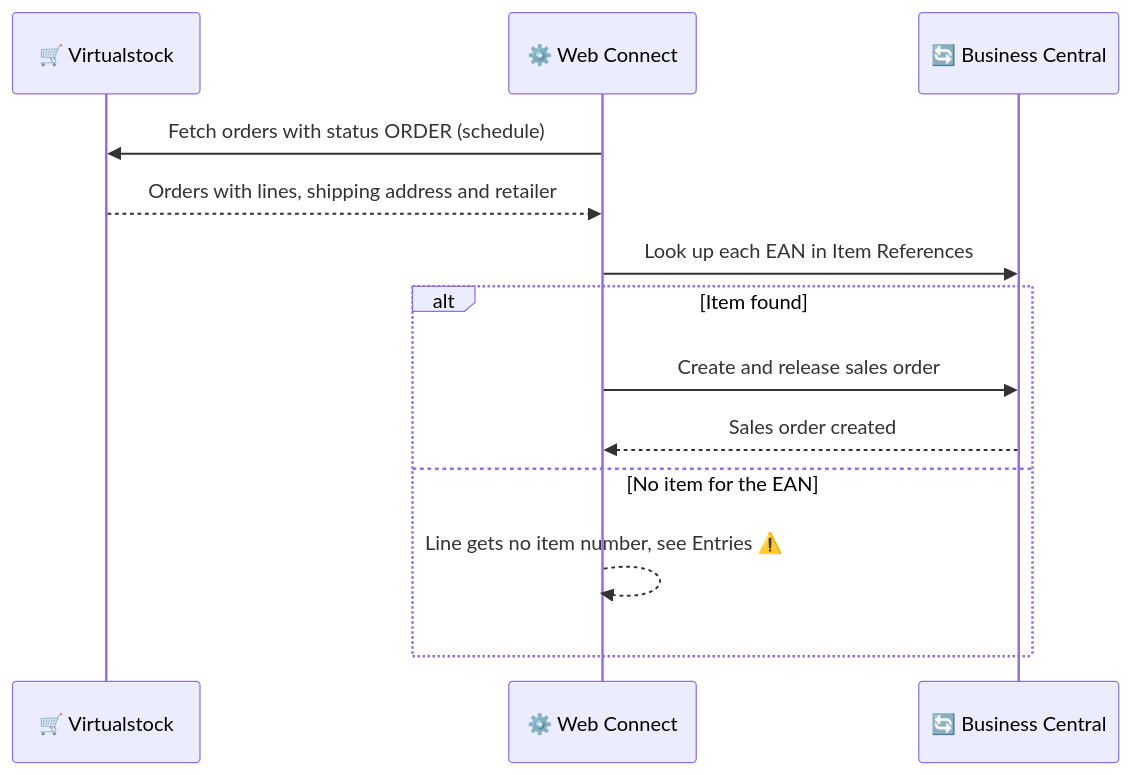
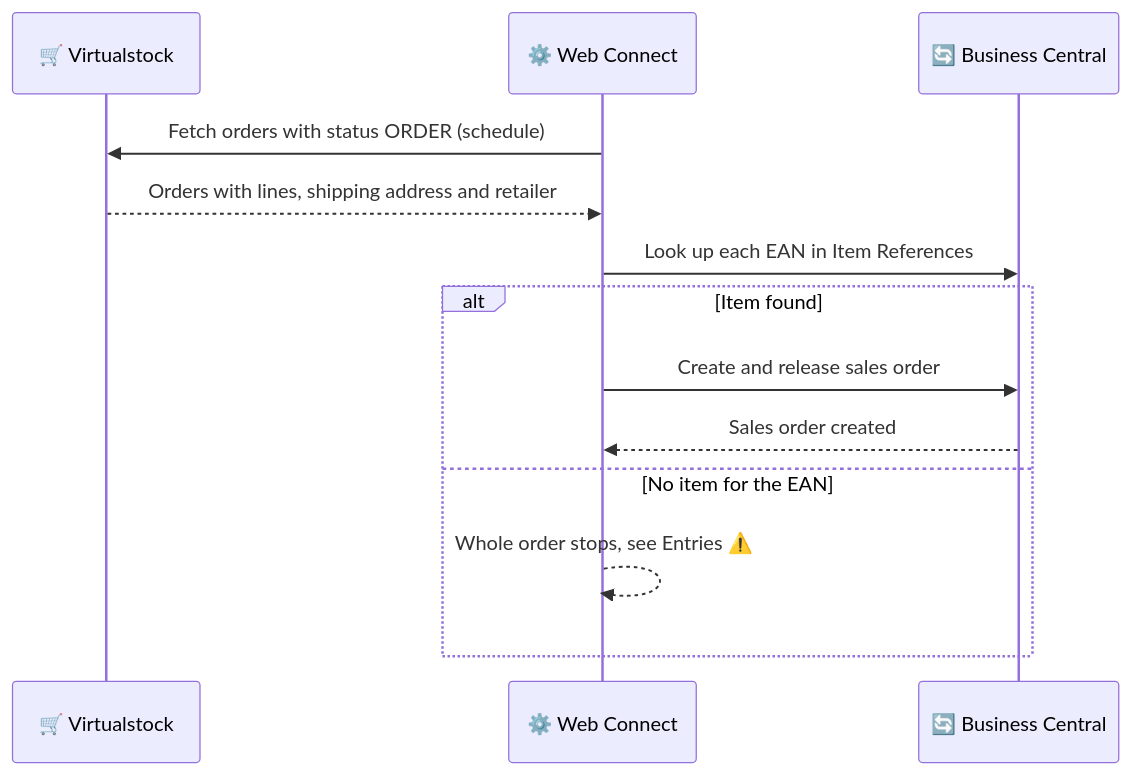
Before and after one commit to Combine-IT-ab/docs-general: the diagram in docs/products/web-connect/integrations/virtual-stock/flows/order-inbound.md, drawn with Mermaid. The commit also changed other lines of this file and 5 other files, not shown here.

````diff
--- a/docs/products/web-connect/integrations/virtual-stock/flows/order-inbound.md
+++ b/docs/products/web-connect/integrations/virtual-stock/flows/order-inbound.md
@@ -42,16 +42,16 @@
 ```mermaid
 sequenceDiagram
     participant VS as 🛒 Virtualstock
     participant WC as ⚙️ Web Connect
     participant BC as 🔄 Business Central
 
     WC->>VS: Fetch orders with status ORDER (schedule)
     VS-->>WC: Orders with lines, shipping address and retailer
     WC->>BC: Look up each EAN in Item References
     alt Item found
         WC->>BC: Create and release sales order
         BC-->>WC: Sales order created
     else No item for the EAN
-        WC-->>WC: Line gets no item number, see Entries ⚠️
+        WC-->>WC: Whole order stops, see Entries ⚠️
     end
 ```
````
